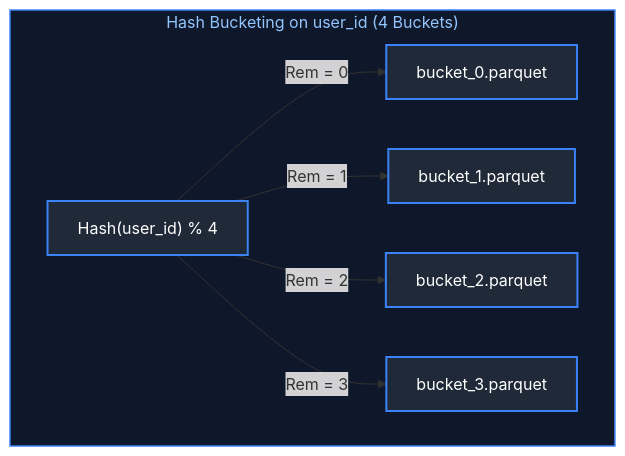
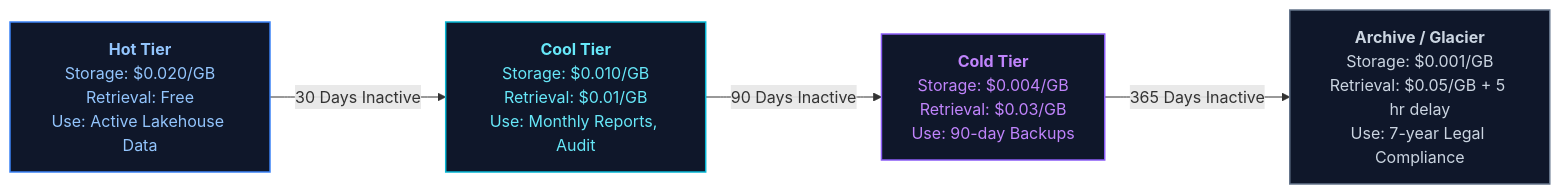
The ninth of 11 diagrams in Data Engineering/07_file_formats_and_storage.md (joydeep-biswas/Interview-Preparation), drawn with Mermaid before and after one commit. The commit also changed other lines of this file and 143 other files, not shown here.

````diff
--- a/Data Engineering/07_file_formats_and_storage.md
+++ b/Data Engineering/07_file_formats_and_storage.md
@@ -519,18 +531,16 @@
 ```mermaid
-flowchart TD
-    subgraph HashBucketing ["Hash Bucketing on user_id (4 Buckets)"]
-        User["Hash(user_id) % 4"]
-        User -->|Rem = 0| B0["bucket_0.parquet"]
-        User -->|Rem = 1| B1["bucket_1.parquet"]
-        User -->|Rem = 2| B2["bucket_2.parquet"]
-        User -->|Rem = 3| B3["bucket_3.parquet"]
-    end
+flowchart LR
+    Hot["<b>Hot Tier</b><br/>Storage: $0.020/GB<br/>Retrieval: Free<br/>Use: Active Lakehouse Data"]
+    Cool["<b>Cool Tier</b><br/>Storage: $0.010/GB<br/>Retrieval: $0.01/GB<br/>Use: Monthly Reports, Audit"]
+    Cold["<b>Cold Tier</b><br/>Storage: $0.004/GB<br/>Retrieval: $0.03/GB<br/>Use: 90-day Backups"]
+    Archive["<b>Archive / Glacier</b><br/>Storage: $0.001/GB<br/>Retrieval: $0.05/GB + 5 hr delay<br/>Use: 7-year Legal Compliance"]
 
-    style HashBucketing fill:#0f172a,stroke:#3b82f6,stroke-width:1.5px,color:#93c5fd
+    Hot -->|"30 Days Inactive"| Cool
+    Cool -->|"90 Days Inactive"| Cold
+    Cold -->|"365 Days Inactive"| Archive
 
-    style User fill:#1f2937,stroke:#3b82f6,stroke-width:2px,color:#fff
-    style B0 fill:#1f2937,stroke:#3b82f6,stroke-width:2px,color:#fff
-    style B1 fill:#1f2937,stroke:#3b82f6,stroke-width:2px,color:#fff
-    style B2 fill:#1f2937,stroke:#3b82f6,stroke-width:2px,color:#fff
-    style B3 fill:#1f2937,stroke:#3b82f6,stroke-width:2px,color:#fff
+    style Hot fill:#0f172a,stroke:#3b82f6,stroke-width:1.5px,color:#93c5fd
+    style Cool fill:#0f172a,stroke:#06b6d4,stroke-width:1.5px,color:#67e8f9
+    style Cold fill:#0f172a,stroke:#8b5cf6,stroke-width:1.5px,color:#c084fc
+    style Archive fill:#0f172a,stroke:#64748b,stroke-width:1.5px,color:#cbd5e1
 ```
````
